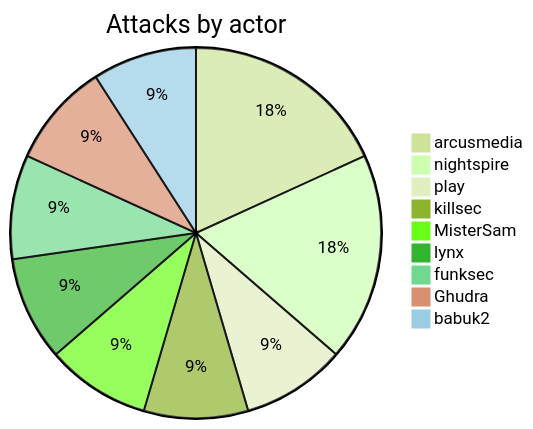
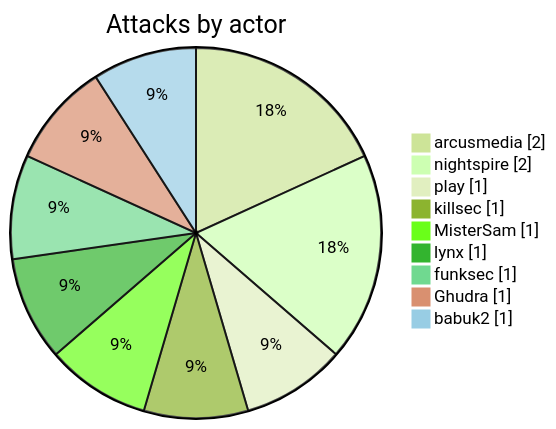
One commit to Hatchepsoute/AFRINTEL changed the first of 7 diagrams in CyberAttackAfrica/2025/03-march/README.md. Above: the diagram before and after it, drawn with Mermaid (forest theme). The commit also changed other lines of this file and 182 other files, not shown here.

````diff
--- a/CyberAttackAfrica/2025/03-march/README.md
+++ b/CyberAttackAfrica/2025/03-march/README.md
@@ -34,12 +37,13 @@
 ```mermaid
-pie title Attacks by actor
+pie showData
+    title Attacks by actor
     "arcusmedia" : 2
     "nightspire" : 2
     "play" : 1
     "killsec" : 1
     "MisterSam" : 1
     "lynx" : 1
     "funksec" : 1
     "Ghudra" : 1
     "babuk2" : 1
 ```
````
